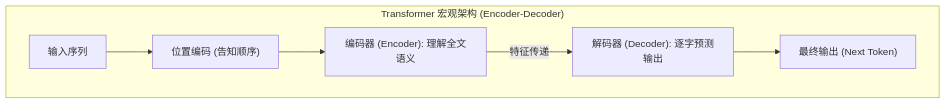
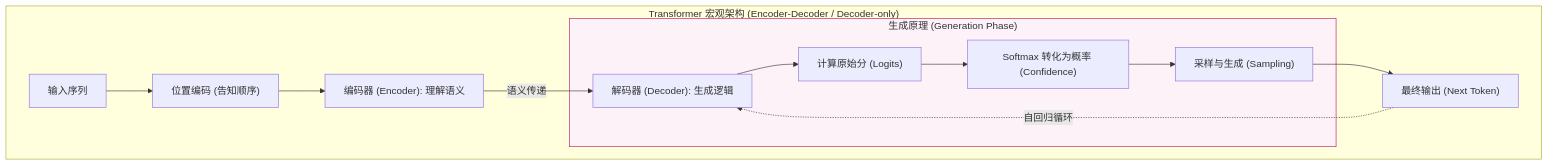
The seventh of 33 diagrams in doc/AI_Knowledge_Roadmap.md (wangchong2023/lang-chain-graph), drawn with Mermaid before and after one commit. The commit also changed other lines of this file, not shown here.

Commit message:
docs: update AI knowledge roadmap with new learning resources and milestones

````diff
--- a/doc/AI_Knowledge_Roadmap.md
+++ b/doc/AI_Knowledge_Roadmap.md
@@ -267,9 +267,19 @@
 ```mermaid
 graph TD
-    subgraph TransformerArch ["Transformer 宏观架构 (Encoder-Decoder)"]
+    subgraph TransformerArch ["Transformer 宏观架构 (Encoder-Decoder / Decoder-only)"]
         In["输入序列"] --> Pos["位置编码 (告知顺序)"]
-        Pos --> Enc["编码器 (Encoder): 理解全文语义"]
-        Enc -- "特征传递" --> Dec["解码器 (Decoder): 逐字预测输出"]
-        Dec --> Out["最终输出 (Next Token)"]
+        Pos --> Enc["编码器 (Encoder): 理解语义"]
+        Enc -- "语义传递" --> Dec["解码器 (Decoder): 生成逻辑"]
+        
+        subgraph GenPrinciple ["生成原理 (Generation Phase)"]
+            Dec --> Logits["计算原始分 (Logits)"]
+            Logits --> Prob["Softmax 转化为概率 (Confidence)"]
+            Prob --> Sample["采样与生成 (Sampling)"]
+        end
+        
+        Sample --> Out["最终输出 (Next Token)"]
+        Out -.->|自回归循环| Dec
     end
+    
+    style GenPrinciple fill:#fdf2f8,stroke:#be185d,stroke-width:1px
 ```
````
